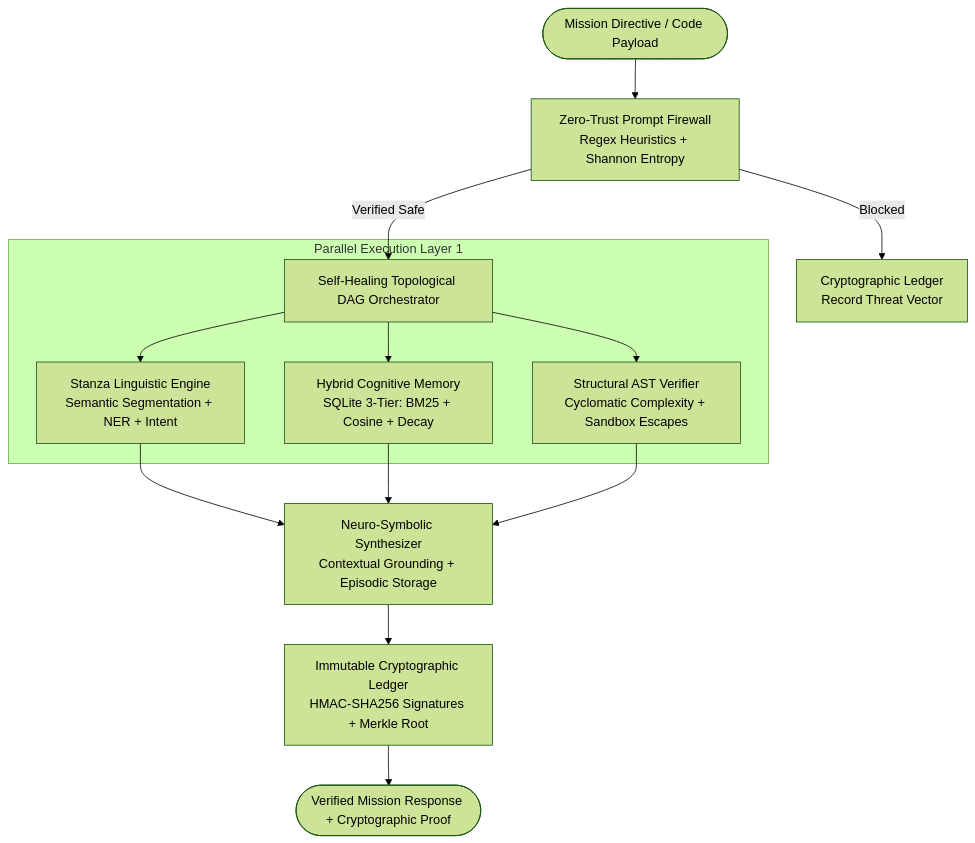
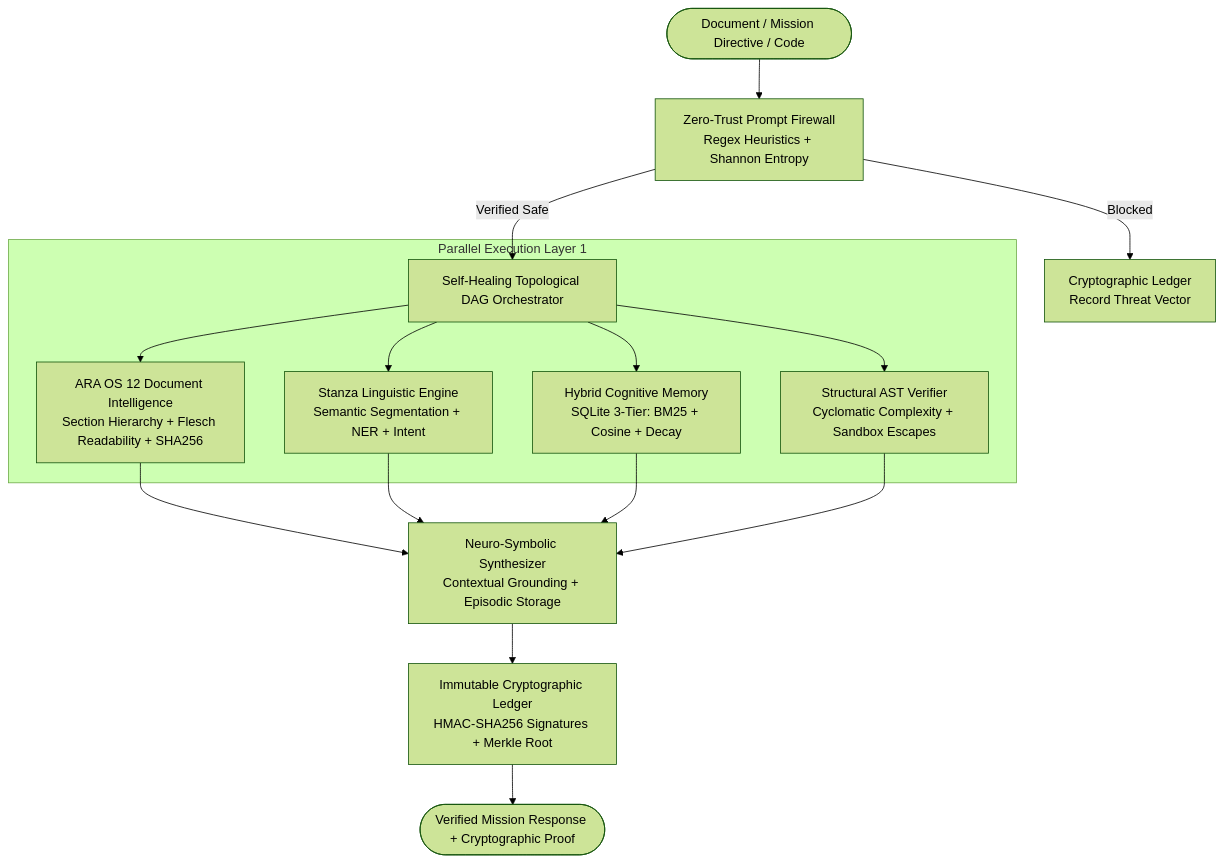
The diagram in README.md (allyxzs/stanza-agent), drawn with Mermaid (forest theme) before and after one commit. The commit also changed other lines of this file and 21 other files, not shown here.

Commit message:
fix(ci) & feat(v3.2): resolve Ruff/AST test syntax, harden Python 3.12 CI matrix & add ARA OS 12 Document Engine

````diff
--- a/README.md
+++ b/README.md
@@ -15,19 +15,21 @@
 ```mermaid
 graph TD
-    User([Mission Directive / Code Payload]) --> Shield[Zero-Trust Prompt Firewall<br/>Regex Heuristics + Shannon Entropy]
+    User([Document / Mission Directive / Code]) --> Shield[Zero-Trust Prompt Firewall<br/>Regex Heuristics + Shannon Entropy]
     Shield -- Blocked --> AuditReject[Cryptographic Ledger<br/>Record Threat Vector]
     Shield -- Verified Safe --> DAG[Self-Healing Topological DAG Orchestrator]
 
     subgraph Parallel Execution Layer 1
+        DAG --> Doc[ARA OS 12 Document Intelligence<br/>Section Hierarchy + Flesch Readability + SHA256]
         DAG --> NLP[Stanza Linguistic Engine<br/>Semantic Segmentation + NER + Intent]
         DAG --> Mem[Hybrid Cognitive Memory<br/>SQLite 3-Tier: BM25 + Cosine + Decay]
         DAG --> AST[Structural AST Verifier<br/>Cyclomatic Complexity + Sandbox Escapes]
     end
 
-    NLP --> Synth[Neuro-Symbolic Synthesizer<br/>Contextual Grounding + Episodic Storage]
+    Doc --> Synth[Neuro-Symbolic Synthesizer<br/>Contextual Grounding + Episodic Storage]
+    NLP --> Synth
     Mem --> Synth
     AST --> Synth
 
     Synth --> Ledger[Immutable Cryptographic Ledger<br/>HMAC-SHA256 Signatures + Merkle Root]
     Ledger --> Output([Verified Mission Response + Cryptographic Proof])
 ```
````
